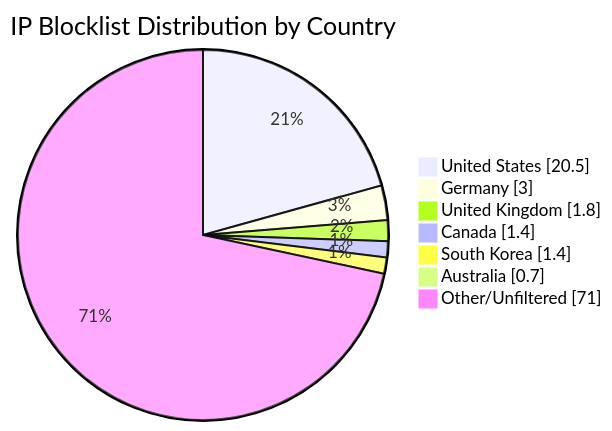
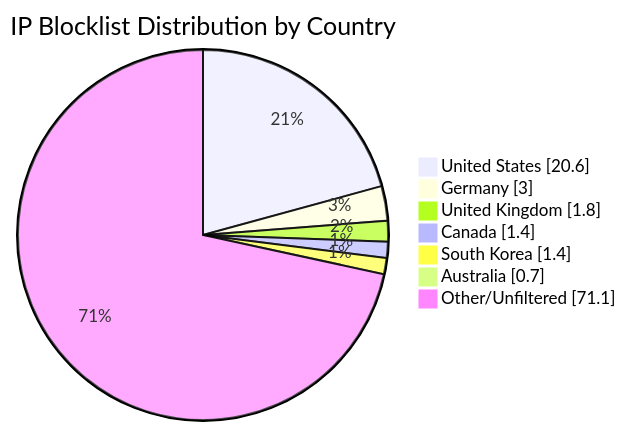
The diagram in README.md (MarcusHoltz/ipblocklist-geofiltered-aggregator), drawn with Mermaid before and after one commit. The commit also changed other lines of this file and 9 other files, not shown here.

````diff
--- a/README.md
+++ b/README.md
@@ -34,10 +34,10 @@
 ```mermaid
 pie showData title IP Blocklist Distribution by Country
-"United States" : 20.5
+"United States" : 20.6
 "Germany" : 3.0
 "United Kingdom" : 1.8
 "Canada" : 1.4
 "South Korea" : 1.4
 "Australia" : 0.7
-"Other/Unfiltered" : 71.0
+"Other/Unfiltered" : 71.1
 ```
````
